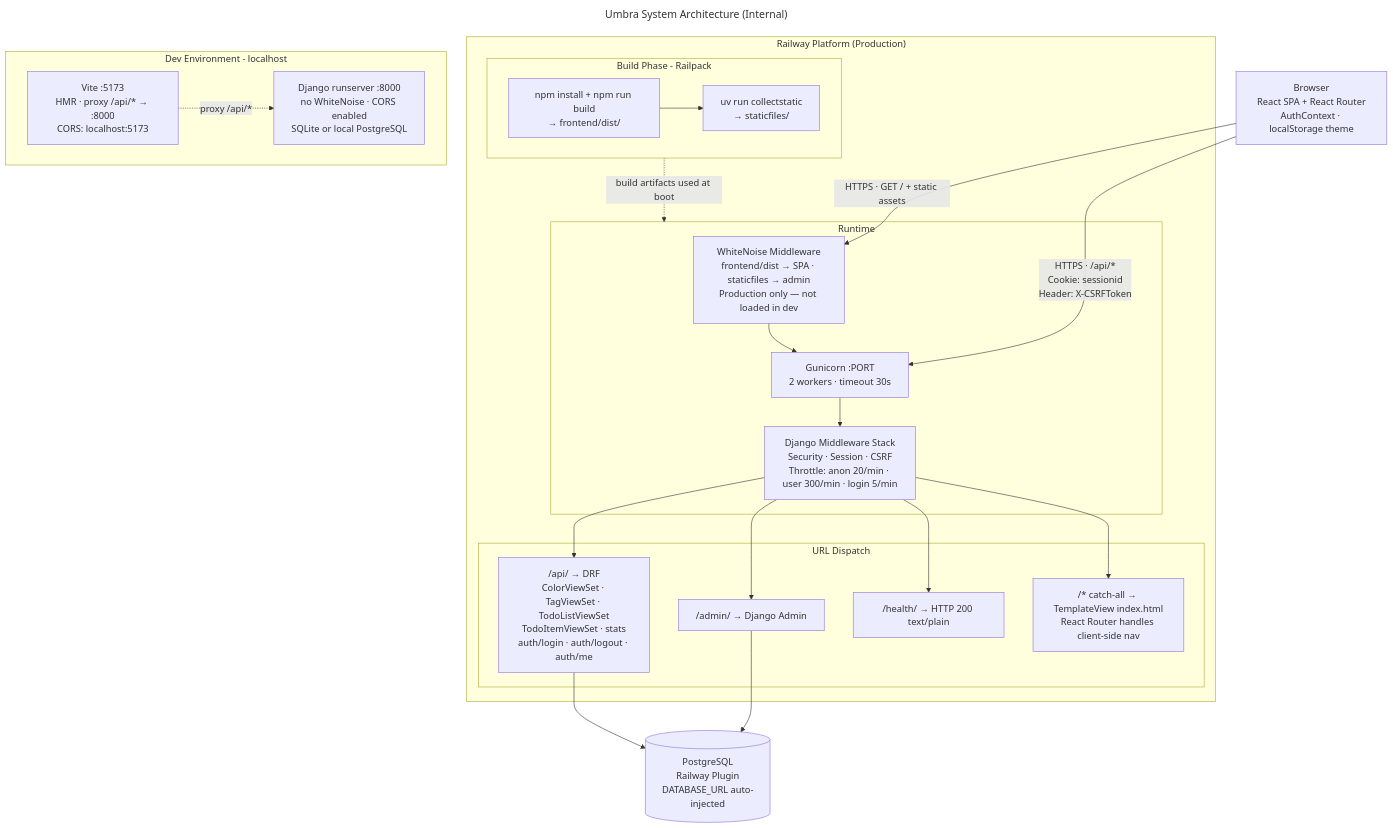
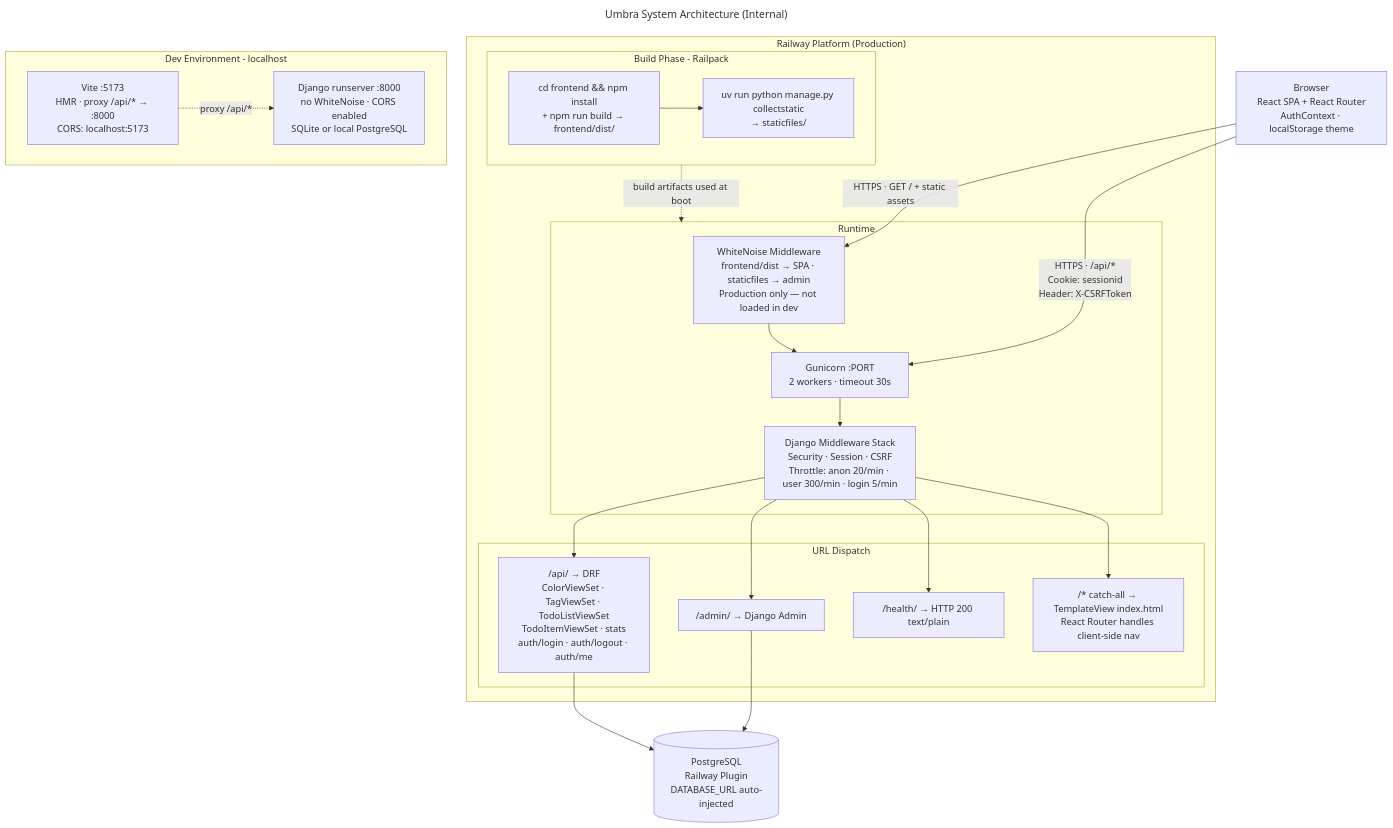
One commit to masriamir/umbra changed the diagram in docs/internal/diagrams/system-architecture.mmd. Above: the diagram before and after it, drawn with Mermaid. The commit also changed 5 other files, not shown here.

```diff
--- a/docs/internal/diagrams/system-architecture.mmd
+++ b/docs/internal/diagrams/system-architecture.mmd
@@ -1,42 +1,42 @@
 ---
 title: Umbra System Architecture (Internal)
 ---
 flowchart TB
   BROWSER["Browser\nReact SPA + React Router\nAuthContext · localStorage theme"]
 
   subgraph RAILWAY["Railway Platform (Production)"]
     subgraph BUILD["Build Phase - Railpack"]
-      B1["npm install + npm run build\n→ frontend/dist/"]
-      B2["uv run collectstatic\n→ staticfiles/"]
+      B1["cd frontend && npm install\n+ npm run build → frontend/dist/"]
+      B2["uv run python manage.py collectstatic\n→ staticfiles/"]
       B1 --> B2
     end
 
     subgraph SERVE["Runtime"]
       WN["WhiteNoise Middleware\nfrontend/dist → SPA · staticfiles → admin\nProduction only — not loaded in dev"]
       GUN["Gunicorn :PORT\n2 workers · timeout 30s"]
       DJ["Django Middleware Stack\nSecurity · Session · CSRF\nThrottle: anon 20/min · user 300/min · login 5/min"]
       WN --> GUN --> DJ
     end
 
     subgraph URLS["URL Dispatch"]
       U1["/api/ → DRF\nColorViewSet · TagViewSet · TodoListViewSet\nTodoItemViewSet · stats\nauth/login · auth/logout · auth/me"]
       U2["/admin/ → Django Admin"]
       U3["/health/ → HTTP 200 text/plain"]
       U4["/* catch-all → TemplateView index.html\nReact Router handles client-side nav"]
     end
 
     BUILD -.->|"build artifacts used at boot"| SERVE
     DJ --> U1 & U2 & U3 & U4
   end
 
   PG[("PostgreSQL\nRailway Plugin\nDATABASE_URL auto-injected")]
 
   BROWSER -->|"HTTPS · GET / + static assets"| WN
   BROWSER -->|"HTTPS · /api/*\nCookie: sessionid\nHeader: X-CSRFToken"| GUN
   U1 & U2 --> PG
 
   subgraph DEV["Dev Environment - localhost"]
     VITE["Vite :5173\nHMR · proxy /api/* → :8000\nCORS: localhost:5173"]
     DJRUN["Django runserver :8000\nno WhiteNoise · CORS enabled\nSQLite or local PostgreSQL"]
     VITE -.->|"proxy /api/*"| DJRUN
   end
```
